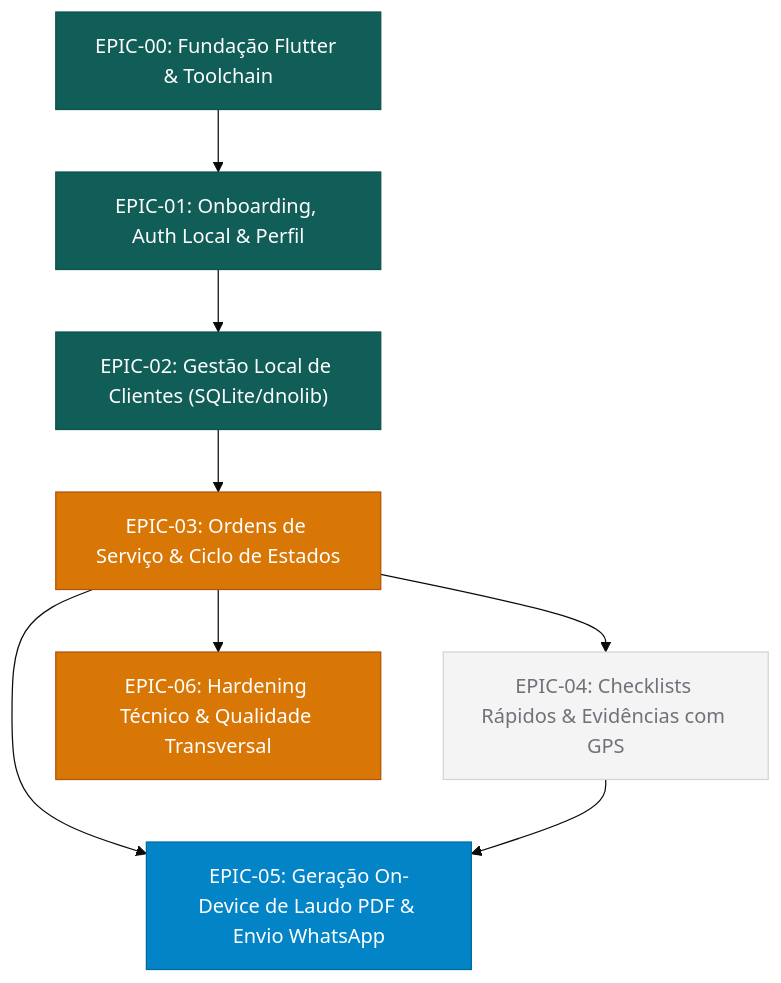
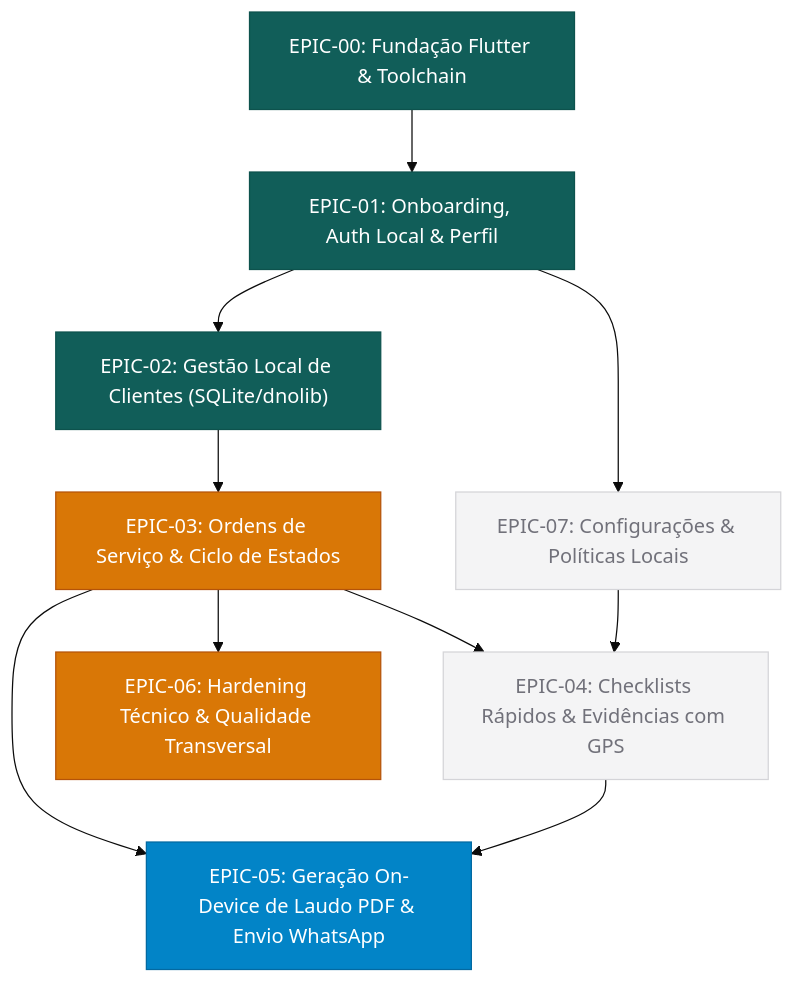
One commit to DenersonNobre/ServiceTrack changed the diagram in docs/plan/README.md. Above: the diagram before and after it, drawn with Mermaid (base theme). The commit also changed other lines of this file and 2 other files, not shown here.

Commit message:
docs(plan): add EPIC-07 settings and local policies

````diff
--- a/docs/plan/README.md
+++ b/docs/plan/README.md
@@ -26,23 +27,26 @@
 ```mermaid
 graph TD
     classDef foundation fill:#115E59,stroke:#0D524D,color:#fff;
     classDef core fill:#0284C7,stroke:#0369A1,color:#fff;
     classDef ready fill:#D97706,stroke:#B45309,color:#fff;
     classDef blocked fill:#F4F4F5,stroke:#D4D4D8,color:#71717A;
 
     EPIC00["EPIC-00: Fundação Flutter & Toolchain"]:::foundation
     EPIC01["EPIC-01: Onboarding, Auth Local & Perfil"]:::foundation
     EPIC02["EPIC-02: Gestão Local de Clientes (SQLite/dnolib)"]:::foundation
     EPIC03["EPIC-03: Ordens de Serviço & Ciclo de Estados"]:::ready
     EPIC04["EPIC-04: Checklists Rápidos & Evidências com GPS"]:::blocked
     EPIC05["EPIC-05: Geração On-Device de Laudo PDF & Envio WhatsApp"]:::core
     EPIC06["EPIC-06: Hardening Técnico & Qualidade Transversal"]:::ready
+    EPIC07["EPIC-07: Configurações & Políticas Locais"]:::blocked
 
     EPIC00 --> EPIC01
     EPIC01 --> EPIC02
     EPIC02 --> EPIC03
     EPIC03 --> EPIC04
     EPIC03 --> EPIC05
     EPIC04 --> EPIC05
     EPIC03 --> EPIC06
+    EPIC01 --> EPIC07
+    EPIC07 --> EPIC04
 ```
````
